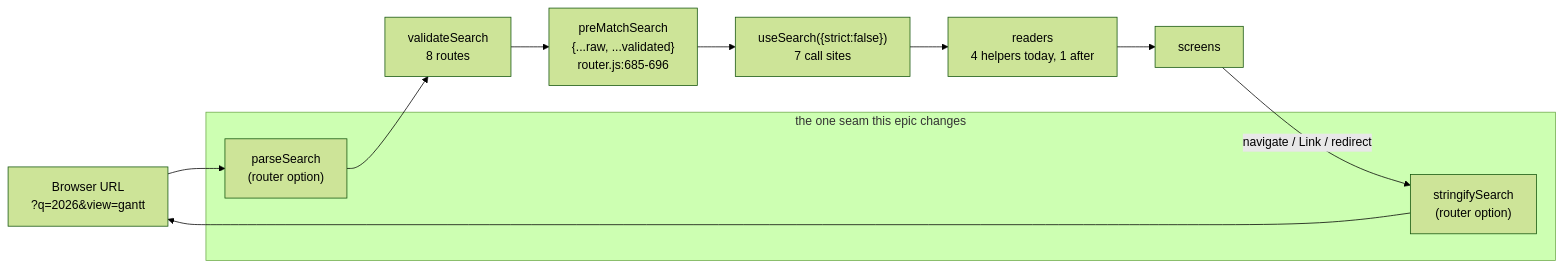
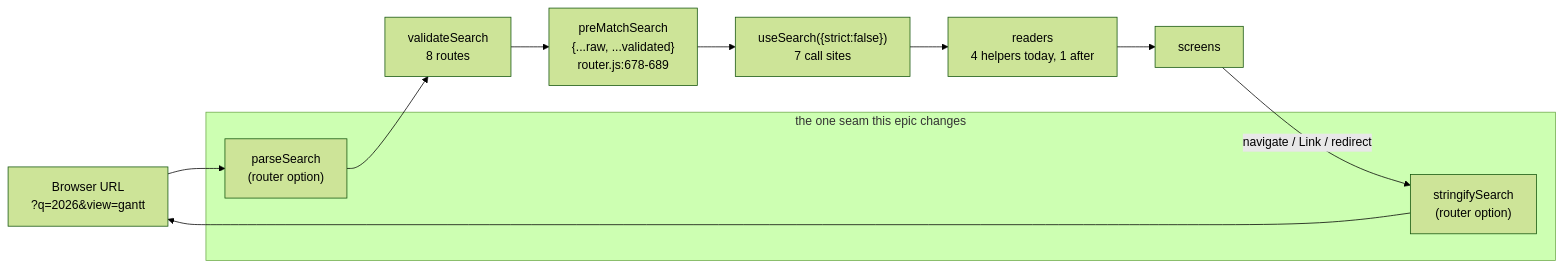
One commit to HuttonHomeHub/SchedulePoint_1 changed the first of 3 diagrams in docs/specs/router-search-params/feature-spec.md. Above: the diagram before and after it, drawn with Mermaid (forest theme). The commit also changed other lines of this file and 17 other files, not shown here.

````diff
--- a/docs/specs/router-search-params/feature-spec.md
+++ b/docs/specs/router-search-params/feature-spec.md
@@ -532,15 +532,15 @@
 ```mermaid
 flowchart LR
   URL["Browser URL<br/>?q=2026&view=gantt"] --> PS["parseSearch<br/>(router option)"]
   PS --> VS["validateSearch<br/>8 routes"]
-  VS --> MERGE["preMatchSearch<br/>{...raw, ...validated}<br/>router.js:685-696"]
+  VS --> MERGE["preMatchSearch<br/>{...raw, ...validated}<br/>router.js:678-689"]
   MERGE --> US["useSearch({strict:false})<br/>7 call sites"]
   US --> RD["readers<br/>4 helpers today, 1 after"]
   RD --> SCR["screens"]
   SCR -->|"navigate / Link / redirect"| SS["stringifySearch<br/>(router option)"]
   SS --> URL
   subgraph seam["the one seam this epic changes"]
     PS
     SS
   end
 ```
````
